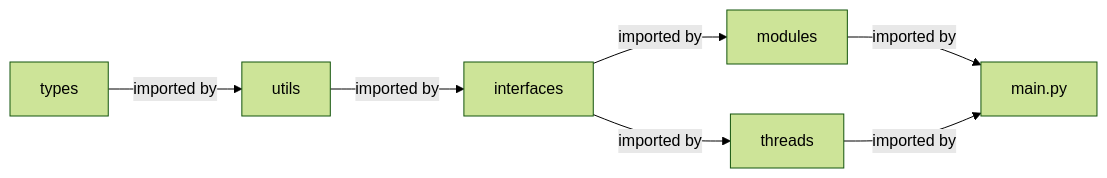
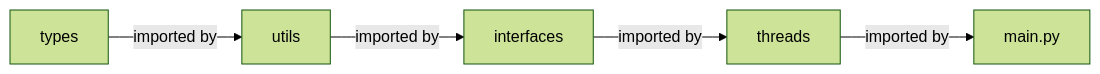
One commit to tum-esm/pyra changed the diagram in packages/docs/docs/developer-guide/architecture.mdx. Above: the diagram before and after it, drawn with Mermaid (forest theme). The commit also changed other lines of this file and 2 other files, not shown here.

Commit message:
Update docs (3)
architecture, upload, contact links

````diff
--- a/packages/docs/docs/developer-guide/architecture.mdx
+++ b/packages/docs/docs/developer-guide/architecture.mdx
@@ -43,9 +42,7 @@
 ```mermaid
   graph LR;
       A["types"] -- imported by --> B;
       B["utils"] -- imported by --> C;
       C["interfaces"] -- imported by --> D;
-      C -- imported by --> E;
-      D["modules"] -- imported by --> F;
-      E["threads"] -- imported by --> F["main.py"];
+      D["threads"] -- imported by --> E["main.py"];
 ```
````
